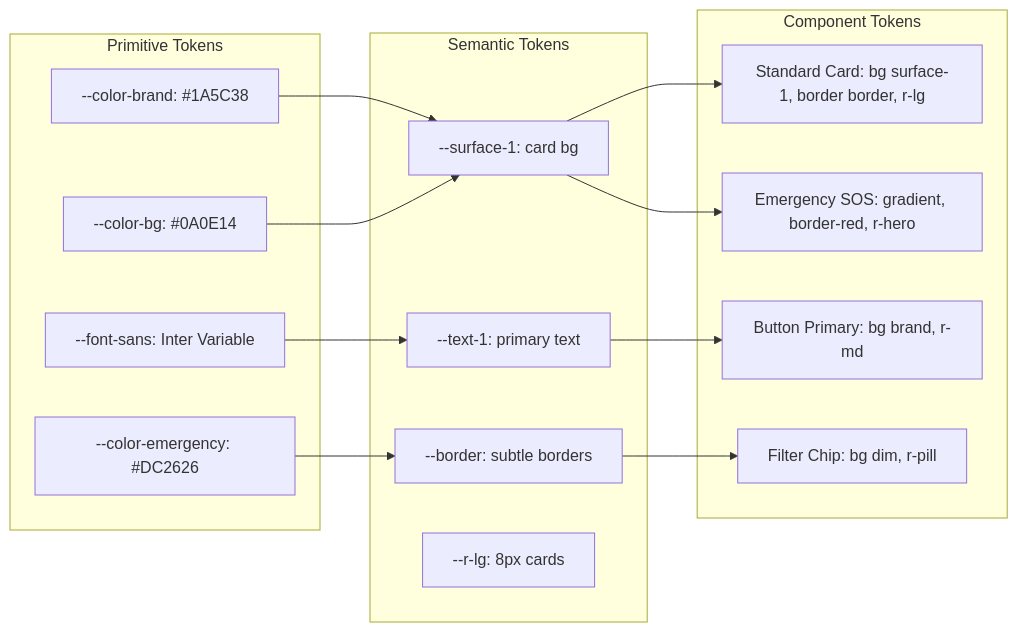
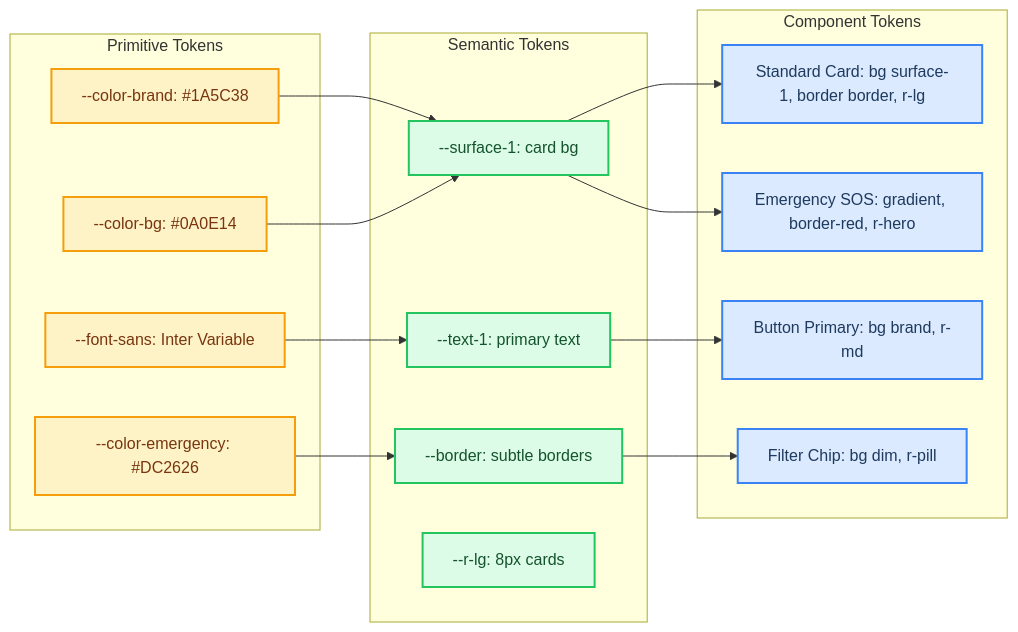
The first of 3 diagrams in docs/architecture/DESIGN.md (SafeVixAI/SafeVixAI), drawn with Mermaid before and after one commit. The commit also changed other lines of this file and 85 other files, not shown here.

Commit message:
docs: Fix Mermaid diagrams, resolve relative link warnings, and ensure clean mkdocs build

````diff
--- a/docs/architecture/DESIGN.md
+++ b/docs/architecture/DESIGN.md
@@ -104,32 +104,41 @@
 ```mermaid
 flowchart LR
+    classDef edge fill:#dbeafe,stroke:#3b82f6,stroke-width:2px,color:#1e3a5f
+    classDef control fill:#dcfce7,stroke:#22c55e,stroke-width:2px,color:#14532d
+    classDef ai fill:#f3e8ff,stroke:#a855f7,stroke-width:2px,color:#581c87
+    classDef data fill:#fef3c7,stroke:#f59e0b,stroke-width:2px,color:#78350f
+    classDef security fill:#fee2e2,stroke:#ef4444,stroke-width:2px,color:#7f1d1d
+    classDef external fill:#f1f5f9,stroke:#94a3b8,stroke-width:2px,stroke-dasharray:5 5,color:#334155
+    classDef decision fill:#e0e7ff,stroke:#6366f1,stroke-width:2px,color:#312e81
+    classDef success fill:#d1fae5,stroke:#10b981,stroke-width:2px,color:#064e3b
+
     subgraph Primitive["Primitive Tokens"]
-        P1[--color-brand: #1A5C38]
-        P2[--color-emergency: #DC2626]
-        P3[--color-bg: #0A0E14]
-        P4[--font-sans: Inter Variable]
+        P1["--color-brand: #1A5C38"]:::data
+        P2["--color-emergency: #DC2626"]:::data
+        P3["--color-bg: #0A0E14"]:::data
+        P4["--font-sans: Inter Variable"]:::data
     end
 
     subgraph Semantic["Semantic Tokens"]
-        S1[--surface-1: card bg]
-        S2[--text-1: primary text]
-        S3[--border: subtle borders]
-        S4[--r-lg: 8px cards]
+        S1["--surface-1: card bg"]:::control
+        S2["--text-1: primary text"]:::control
+        S3["--border: subtle borders"]:::control
+        S4["--r-lg: 8px cards"]:::control
     end
 
     subgraph Component["Component Tokens"]
-        C1[Standard Card: bg surface-1, border border, r-lg]
-        C2[Emergency SOS: gradient, border-red, r-hero]
-        C3[Button Primary: bg brand, r-md]
-        C4[Filter Chip: bg dim, r-pill]
+        C1["Standard Card: bg surface-1, border border, r-lg"]:::edge
+        C2["Emergency SOS: gradient, border-red, r-hero"]:::edge
+        C3["Button Primary: bg brand, r-md"]:::edge
+        C4["Filter Chip: bg dim, r-pill"]:::edge
     end
 
     P1 --> S1
     P2 --> S3
     P3 --> S1
     P4 --> S2
     S1 --> C1
     S1 --> C2
     S2 --> C3
     S3 --> C4
 ```
````
